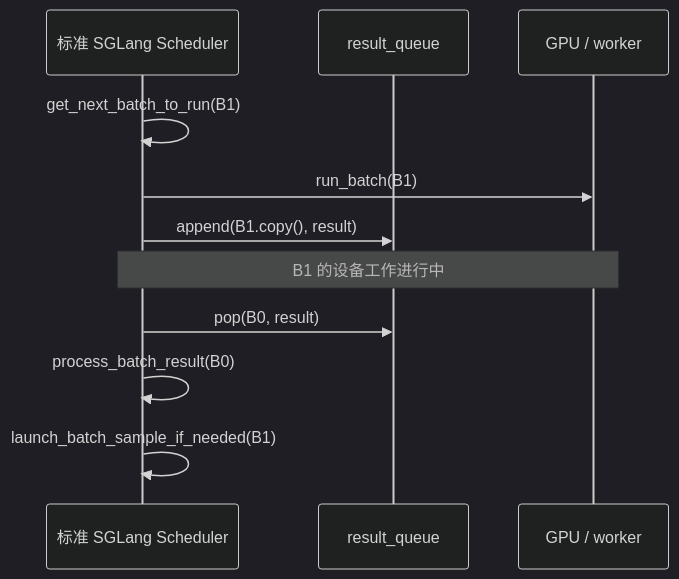
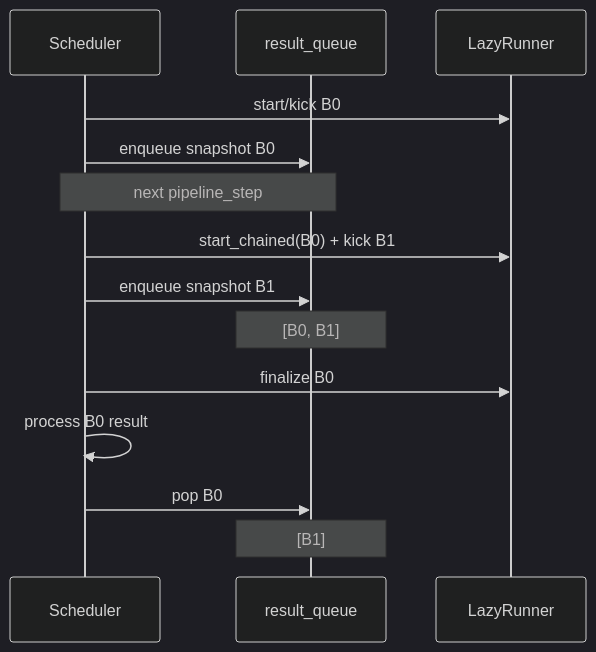
One commit to stream-iori/sglang changed diagram 12 of 12 in my-sglang/docs/scheduler-kv-overview.md. Above: the diagram before and after it, drawn with Mermaid (dark theme). The commit also changed other lines of this file and 13 other files, not shown here.

````diff
--- a/my-sglang/docs/scheduler-kv-overview.md
+++ b/my-sglang/docs/scheduler-kv-overview.md
@@ -734,13 +644,16 @@
 ```mermaid
 sequenceDiagram
-    participant S as 标准 SGLang Scheduler
+    participant S as Scheduler
     participant Q as result_queue
-    participant G as GPU / worker
-    S->>S: get_next_batch_to_run(B1)
-    S->>G: run_batch(B1)
-    S->>Q: append(B1.copy(), result)
-    Note over S,G: B1 的设备工作进行中
-    S->>Q: pop(B0, result)
-    S->>S: process_batch_result(B0)
-    S->>S: launch_batch_sample_if_needed(B1)
+    participant R as LazyRunner
+    S->>R: start/kick B0
+    S->>Q: enqueue snapshot B0
+    Note over S,Q: next pipeline_step
+    S->>R: start_chained(B0) + kick B1
+    S->>Q: enqueue snapshot B1
+    Note over Q: [B0, B1]
+    S->>R: finalize B0
+    S->>S: process B0 result
+    S->>Q: pop B0
+    Note over Q: [B1]
 ```
````
